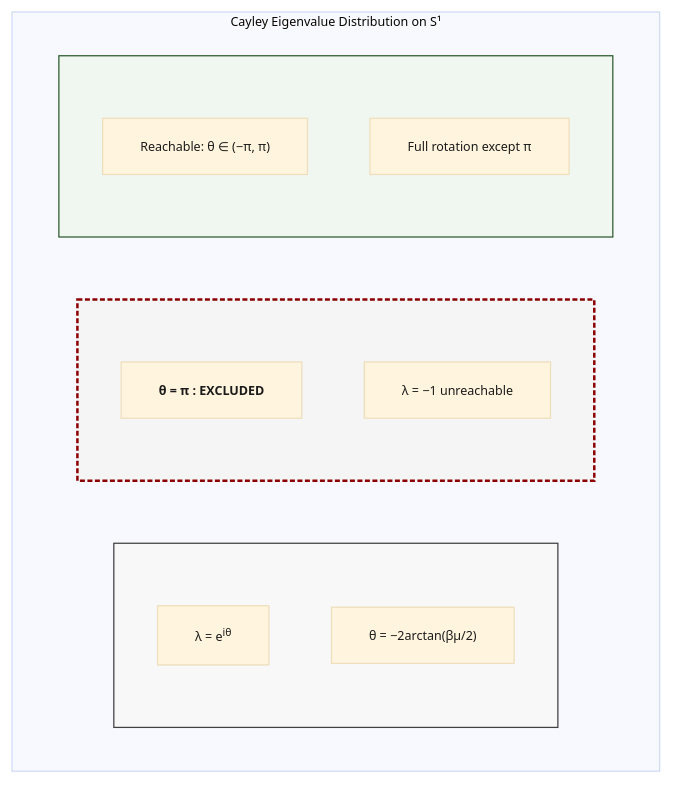
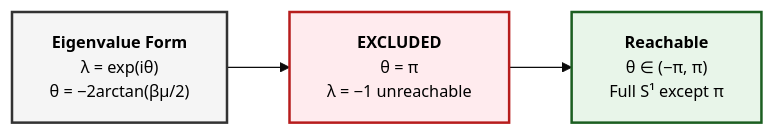
Before and after one commit to arash-shahmansoori/edelta: the second of 7 diagrams in docs/RESEARCH.md, drawn with Mermaid. The commit also changed other lines of this file, not shown here.

First line of the commit message:
Update date to February 2026, improve diagram visibility

````diff
--- a/docs/RESEARCH.md
+++ b/docs/RESEARCH.md
@@ -451,23 +445,10 @@
 ```mermaid
-%%{init: {'theme': 'base', 'themeVariables': { 'fontSize': '10px', 'fontFamily': 'Times New Roman, serif', 'primaryTextColor': '#1a1a1a'}}}%%
-flowchart TB
-    subgraph UNIT["Cayley Eigenvalue Distribution on S¹"]
-        direction LR
-        subgraph LEFT[" "]
-            L1["λ = e<sup>iθ</sup>"]
-            L2["θ = −2arctan(βμ/2)"]
-        end
-        subgraph CENTER[" "]
-            C1["<b>θ = π : EXCLUDED</b>"]
-            C2["λ = −1 unreachable"]
-        end
-        subgraph RIGHT[" "]
-            R1["Reachable: θ ∈ (−π, π)"]
-            R2["Full rotation except π"]
-        end
-    end
+%%{init: {'theme': 'base', 'themeVariables': { 'fontSize': '13px', 'fontFamily': 'Arial, Helvetica, sans-serif', 'primaryTextColor': '#000000'}}}%%
+flowchart LR
+    A["<b>Eigenvalue Form</b><br/>λ = exp(iθ)<br/>θ = −2arctan(βμ/2)"] --> B["<b>EXCLUDED</b><br/>θ = π<br/>λ = −1 unreachable"]
+    B --> C["<b>Reachable</b><br/>θ ∈ (−π, π)<br/>Full S¹ except π"]
     
-    style CENTER fill:#f5f5f5,stroke:#8b0000,stroke-width:2px,stroke-dasharray:4 2
-    style LEFT fill:#f8f8f8,stroke:#404040,stroke-width:1px
-    style RIGHT fill:#f0f7f0,stroke:#2d5a2d,stroke-width:1px
+    style A fill:#f5f5f5,stroke:#333333,stroke-width:2px
+    style B fill:#ffebee,stroke:#b71c1c,stroke-width:2px
+    style C fill:#e8f5e9,stroke:#1b5e20,stroke-width:2px
 ```
````
